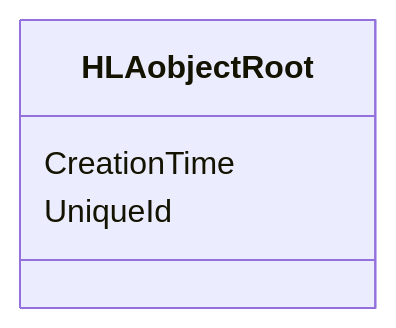
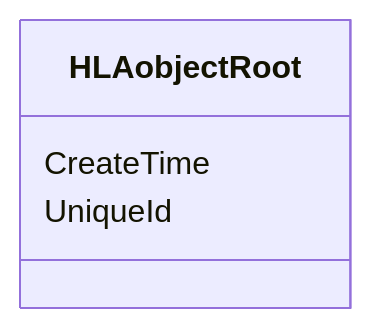
Before and after one commit to AMSP-04/NETN-BASE: the first of 2 diagrams in NETN-BASE.md, drawn with Mermaid. The commit also changed other lines of this file and 2 other files, not shown here.

First line of the commit message:
CreateTime and SendTime

````diff
--- a/NETN-BASE.md
+++ b/NETN-BASE.md
@@ -39,7 +39,7 @@
 ```mermaid
 classDiagram 
 direction LR
 
-HLAobjectRoot : CreationTime
+HLAobjectRoot : CreateTime
 HLAobjectRoot : UniqueId
 ```
````
